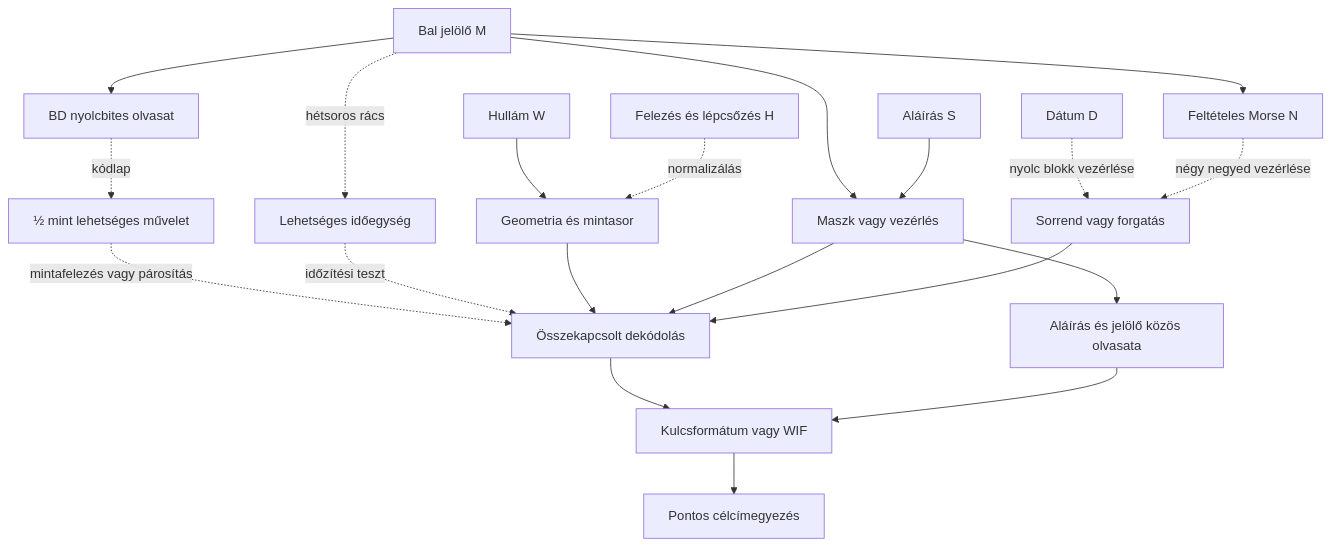
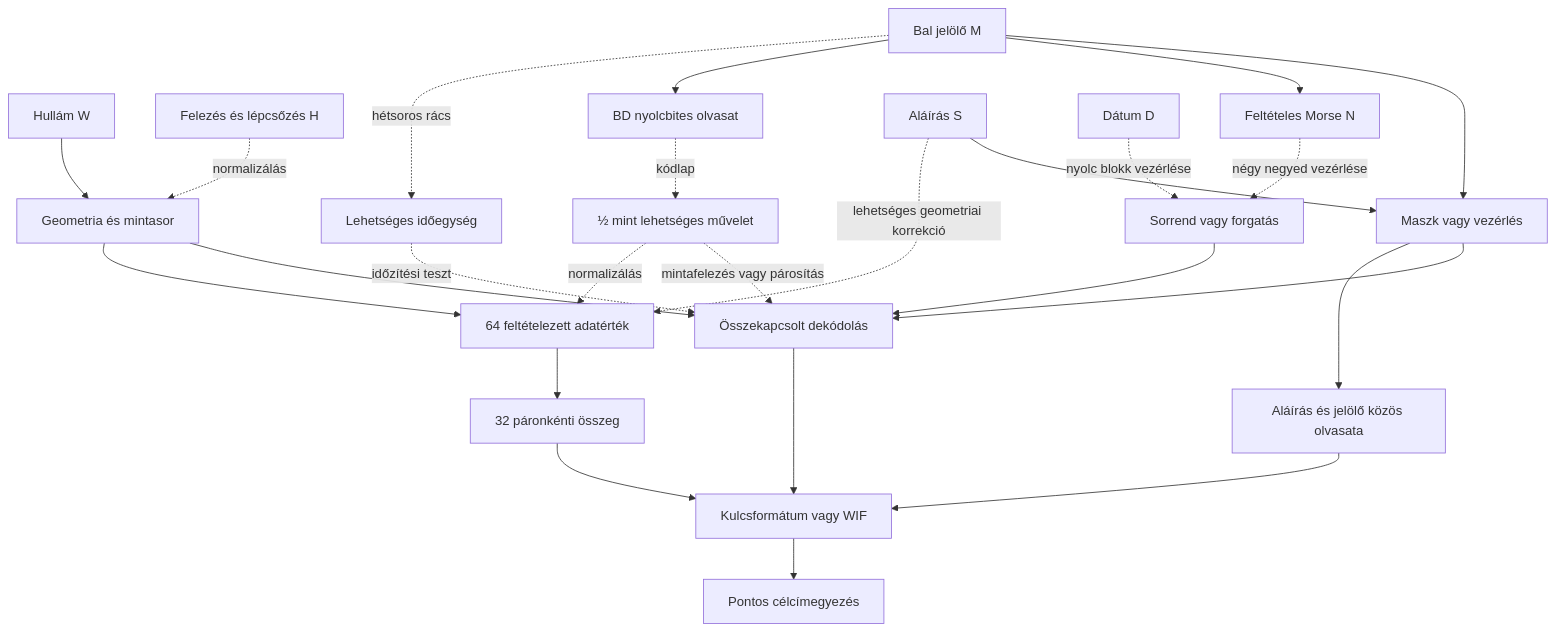
The diagram in research/HYPOTHESES.md (zsebehazyz/HALV), drawn with Mermaid before and after one commit. The commit also changed other lines of this file and 23 other files, not shown here.

````diff
--- a/research/HYPOTHESES.md
+++ b/research/HYPOTHESES.md
@@ -21,22 +21,27 @@
 ```mermaid
 flowchart TD
     W[Hullám W] --> R[Geometria és mintasor]
     H[Felezés és lépcsőzés H] -. normalizálás .-> R
     M[Bal jelölő M] --> MASK[Maszk vagy vezérlés]
     M --> N[Feltételes Morse N]
     M --> B[BD nyolcbites olvasat]
     B -. kódlap .-> HALF[½ mint lehetséges művelet]
     HALF -. mintafelezés vagy párosítás .-> JOIN
     M -. hétsoros rács .-> CLOCK[Lehetséges időegység]
     CLOCK -. időzítési teszt .-> JOIN
     S[Aláírás S] --> MASK
     D[Dátum D] -. nyolc blokk vezérlése .-> ORDER[Sorrend vagy forgatás]
     N -. négy negyed vezérlése .-> ORDER
     R --> JOIN[Összekapcsolt dekódolás]
     MASK --> JOIN
     ORDER --> JOIN
     MASK --> SM[Aláírás és jelölő közös olvasata]
     JOIN --> F[Kulcsformátum vagy WIF]
+    R --> CELLS[64 feltételezett adatérték]
+    HALF -. normalizálás .-> CELLS
+    S -. lehetséges geometriai korrekció .-> CELLS
+    CELLS --> SUM[32 páronkénti összeg]
+    SUM --> F
     SM --> F
     F --> A[Pontos célcímegyezés]
 ```
````
